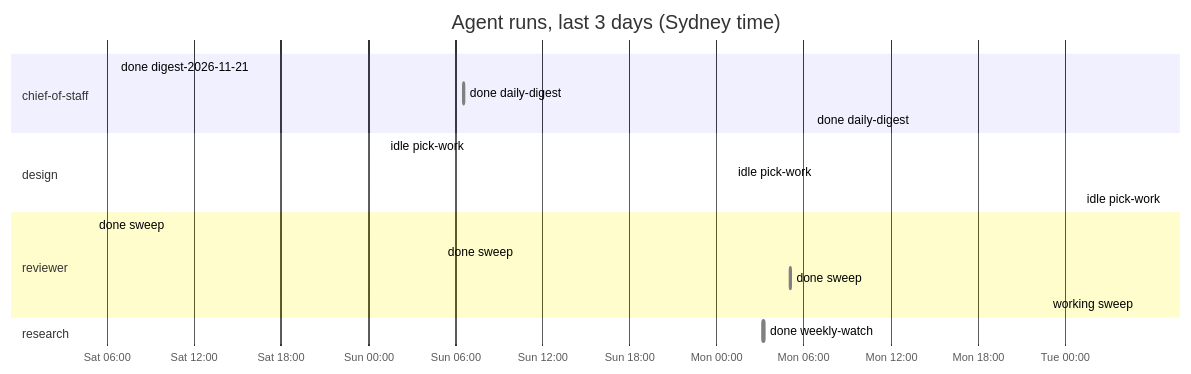
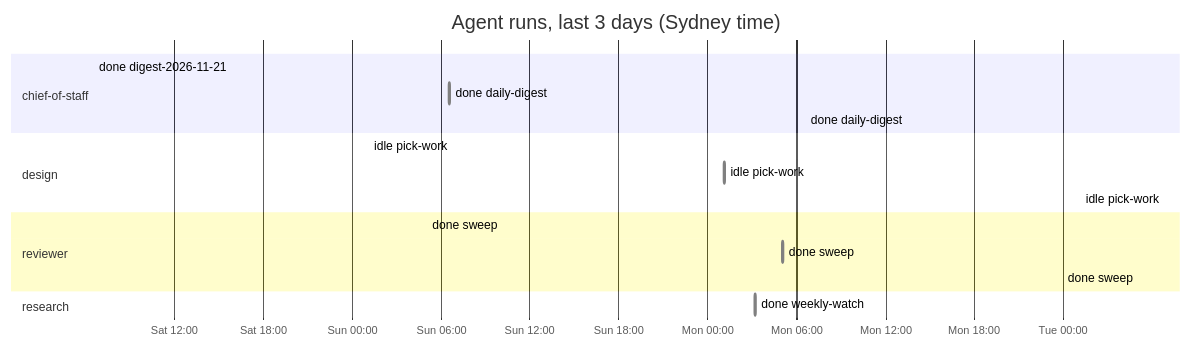
The diagram in dashboard.md (roulmediateam-byte/fifteen-expert-hq), drawn with Mermaid before and after one commit. The commit also changed other lines of this file and 1 other file, not shown here.

````diff
--- a/dashboard.md
+++ b/dashboard.md
@@ -51,21 +51,20 @@
 ```mermaid
 gantt
     title Agent runs, last 3 days (Sydney time)
     dateFormat YYYY-MM-DD HH:mm
     axisFormat %a %H:%M
     section chief-of-staff
     done digest-2026-11-21 :done, 2026-11-21 06:34, 2026-11-21 06:36
     done daily-digest :done, 2026-11-22 06:34, 2026-11-22 06:36
     done daily-digest :done, 2026-11-23 06:35, 2026-11-23 06:36
     section design
     idle pick-work :done, 2026-11-22 01:08, 2026-11-22 01:08
     idle pick-work :done, 2026-11-23 01:08, 2026-11-23 01:09
     idle pick-work :done, 2026-11-24 01:09, 2026-11-24 01:09
     section reviewer
-    done sweep :done, 2026-11-21 05:05, 2026-11-21 05:06
     done sweep :done, 2026-11-22 05:05, 2026-11-22 05:06
     done sweep :done, 2026-11-23 05:04, 2026-11-23 05:06
-    working sweep :active, 2026-11-24 05:05, 2026-11-24 05:05
+    done sweep :done, 2026-11-24 05:05, 2026-11-24 05:06
     section research
     done weekly-watch :done, 2026-11-23 03:10, 2026-11-23 03:17
 ```
````
